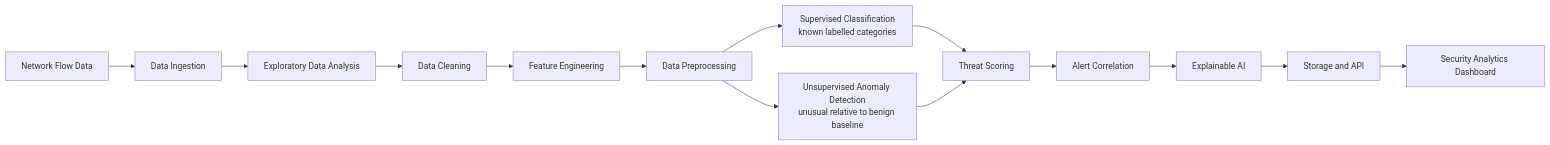
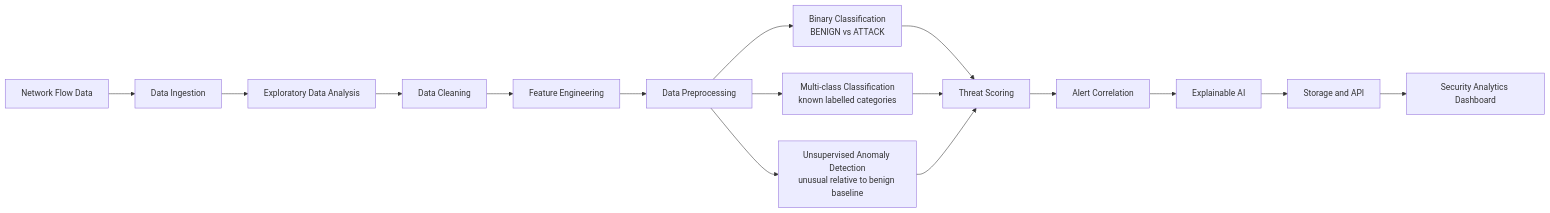
Before and after one commit to LaXfr/intrusionanomaly: the diagram in docs/architecture.md, drawn with Mermaid. The commit also changed other lines of this file and 229 other files, not shown here.

````diff
--- a/docs/architecture.md
+++ b/docs/architecture.md
@@ -11,16 +11,18 @@
 ```mermaid
 flowchart LR
     A[Network Flow Data] --> B[Data Ingestion]
     B --> C[Exploratory Data Analysis]
     C --> D[Data Cleaning]
     D --> E[Feature Engineering]
     E --> F[Data Preprocessing]
-    F --> G[Supervised Classification<br/>known labelled categories]
-    F --> H[Unsupervised Anomaly Detection<br/>unusual relative to benign baseline]
-    G --> I[Threat Scoring]
-    H --> I
-    I --> J[Alert Correlation]
-    J --> K[Explainable AI]
-    K --> L[Storage and API]
-    L --> M[Security Analytics Dashboard]
+    F --> G[Binary Classification<br/>BENIGN vs ATTACK]
+    F --> H[Multi-class Classification<br/>known labelled categories]
+    F --> I[Unsupervised Anomaly Detection<br/>unusual relative to benign baseline]
+    G --> J[Threat Scoring]
+    H --> J
+    I --> J
+    J --> K[Alert Correlation]
+    K --> L[Explainable AI]
+    L --> M[Storage and API]
+    M --> N[Security Analytics Dashboard]
 ```
````
